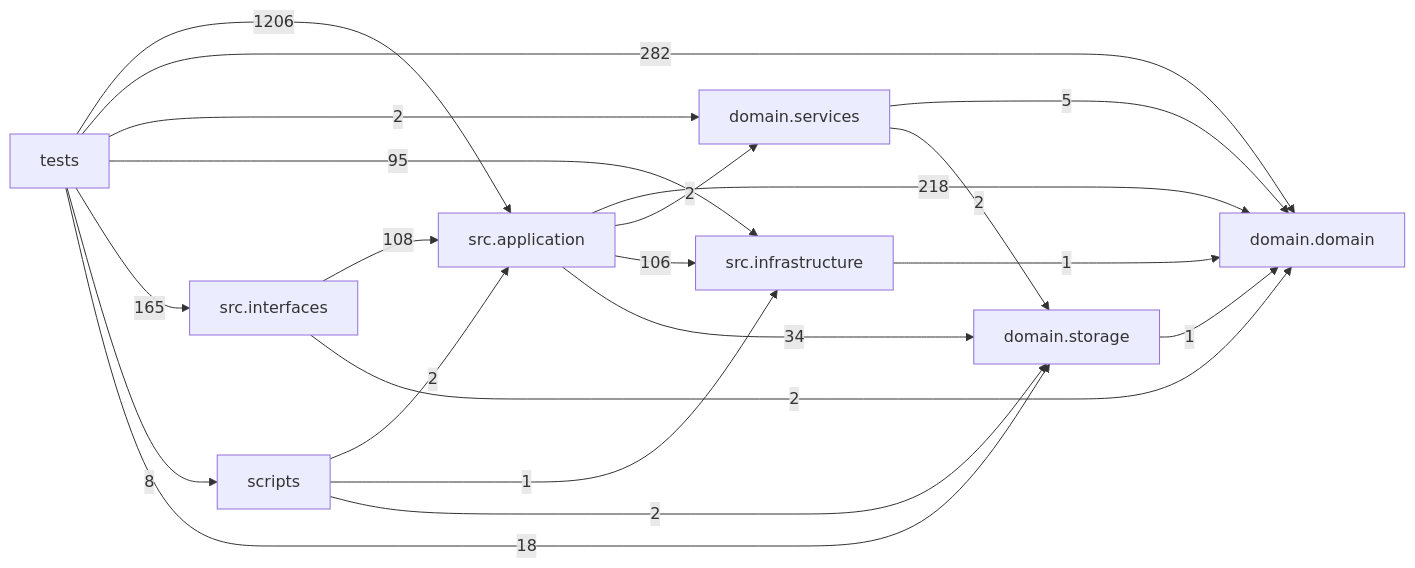
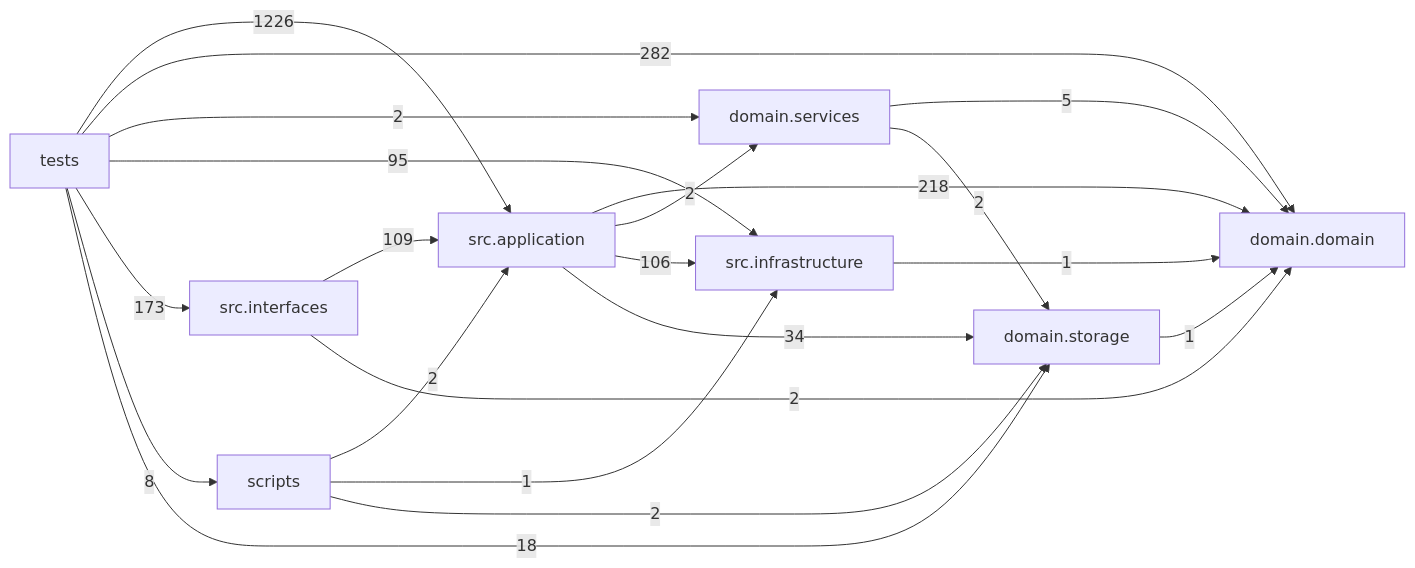
The diagram in docs/DEPENDENCY_GRAPH.md (liuxie066/options-monitor), drawn with Mermaid before and after one commit. The commit also changed other lines of this file and 28 other files, not shown here.

````diff
--- a/docs/DEPENDENCY_GRAPH.md
+++ b/docs/DEPENDENCY_GRAPH.md
@@ -24,31 +24,31 @@
 ```mermaid
 flowchart LR
   tests["tests"]
   scripts["scripts"]
   interfaces["src.interfaces"]
   application["src.application"]
   infrastructure["src.infrastructure"]
   domain_services["domain.services"]
   domain["domain.domain"]
   storage["domain.storage"]
   application -->|218| domain
   application -->|2| domain_services
   application -->|106| infrastructure
   application -->|34| storage
   domain_services -->|5| domain
   domain_services -->|2| storage
   infrastructure -->|1| domain
-  interfaces -->|108| application
+  interfaces -->|109| application
   interfaces -->|2| domain
   scripts -->|2| application
   scripts -->|1| infrastructure
   scripts -->|2| storage
   storage -->|1| domain
-  tests -->|1206| application
+  tests -->|1226| application
   tests -->|282| domain
   tests -->|2| domain_services
   tests -->|95| infrastructure
-  tests -->|165| interfaces
+  tests -->|173| interfaces
   tests -->|8| scripts
   tests -->|18| storage
 ```
````
